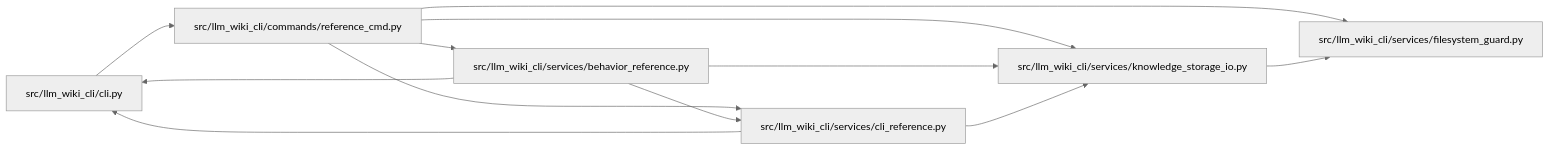
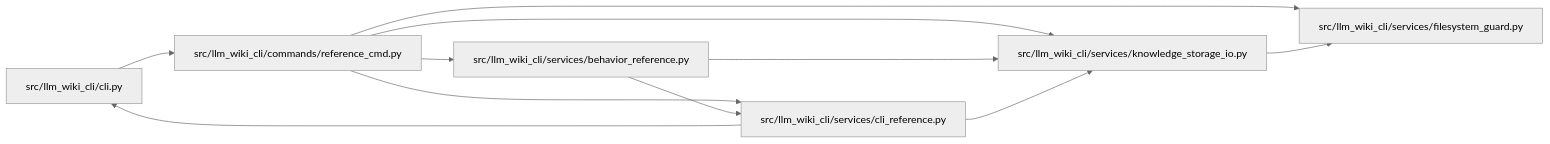
Before and after one commit to Denissvgn/python-wiki-llm: the diagram in docs/llm_wiki/modules/reference_cmd.md, drawn with Mermaid (neutral theme). The commit also changed 338 other files, not shown here.

````diff
--- a/docs/llm_wiki/modules/reference_cmd.md
+++ b/docs/llm_wiki/modules/reference_cmd.md
@@ -25,26 +25,25 @@
 ```mermaid
 flowchart LR
     n0["src/llm_wiki_cli/cli.py"]
     n1["src/llm_wiki_cli/commands/reference_cmd.py"]
     n2["src/llm_wiki_cli/services/behavior_reference.py"]
     n3["src/llm_wiki_cli/services/cli_reference.py"]
     n4["src/llm_wiki_cli/services/filesystem_guard.py"]
     n5["src/llm_wiki_cli/services/knowledge_storage_io.py"]
     n0 --> n1
     n1 --> n2
     n1 --> n3
     n1 --> n4
     n1 --> n5
-    n2 --> n0
     n2 --> n3
     n2 --> n5
     n3 --> n0
     n3 --> n5
     n5 --> n4
     click n0 "../modules/cli.md"
     click n1 "../modules/reference_cmd.md"
     click n2 "../modules/behavior_reference.md"
     click n3 "../modules/cli_reference.md"
     click n4 "../modules/filesystem_guard.md"
     click n5 "../modules/knowledge_storage_io.md"
 ```
````
